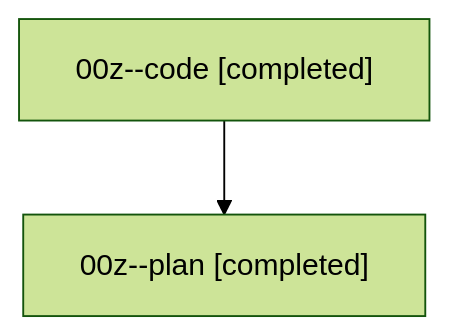
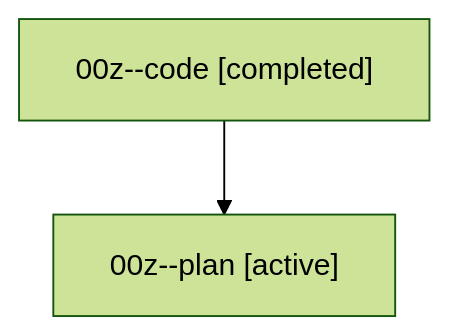
The diagram in families/bbugyi200.athena.00z.md (sase-org/sase--agents), drawn with Mermaid (forest theme) before and after one commit. The commit also changed other lines of this file and 35830 other files, not shown here.

````diff
--- a/families/bbugyi200.athena.00z.md
+++ b/families/bbugyi200.athena.00z.md
@@ -9,6 +9,6 @@
 ```mermaid
 flowchart TD
   n0["00z--code [completed]"]
-  n1["00z--plan [completed]"]
+  n1["00z--plan [active]"]
   n0 --> n1
 ```
````
